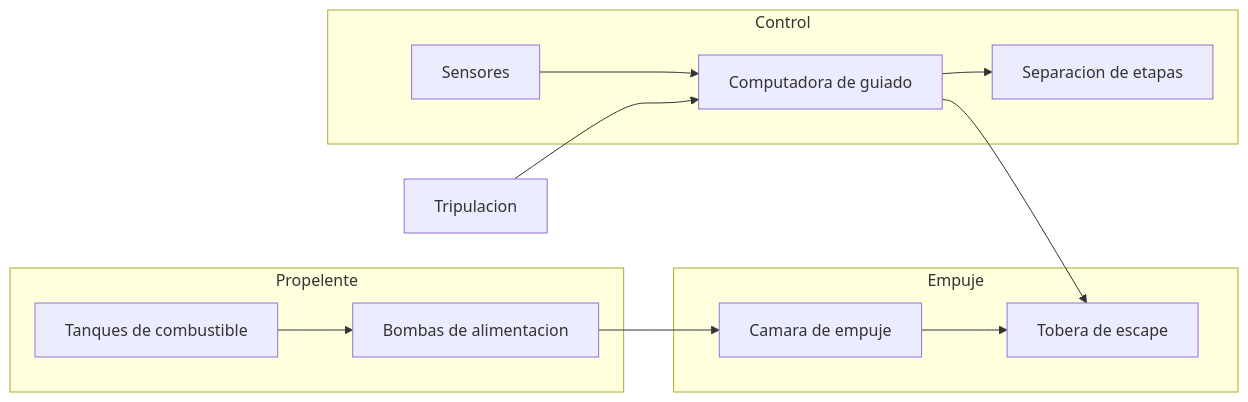
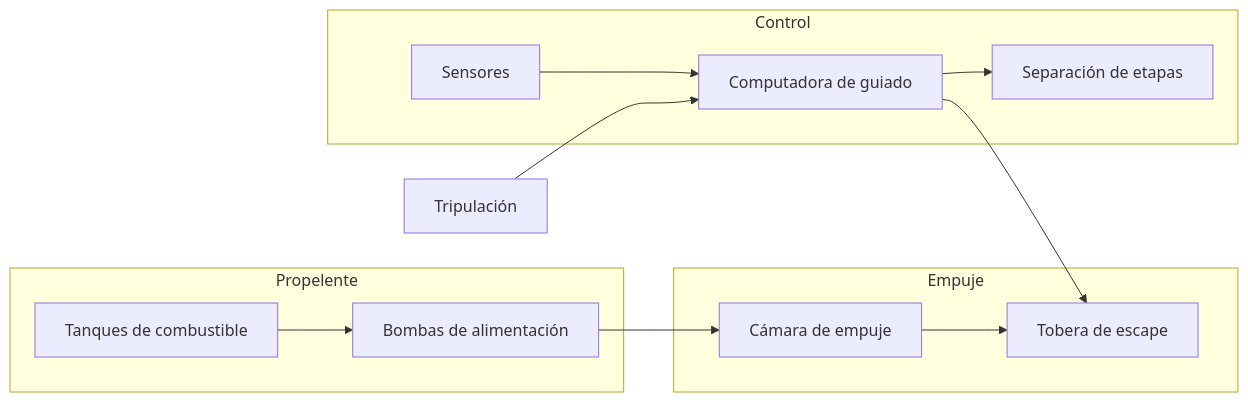
Before and after one commit to vladimiracunadev-create/machine-operator-program: the first of 3 diagrams in vehiculos-fantasticos/thunderbird-3/operacion/sistemas-mecanicos-thunderbird-3.md, drawn with Mermaid. The commit also changed other lines of this file and 442 other files, not shown here.

````diff
--- a/vehiculos-fantasticos/thunderbird-3/operacion/sistemas-mecanicos-thunderbird-3.md
+++ b/vehiculos-fantasticos/thunderbird-3/operacion/sistemas-mecanicos-thunderbird-3.md
@@ -12,16 +12,16 @@
 ```mermaid
 flowchart LR
     subgraph Propelente
-        Tanque[Tanques de combustible] --> Bombas[Bombas de alimentacion]
+        Tanque[Tanques de combustible] --> Bombas[Bombas de alimentación]
     end
     subgraph Empuje
-        Bombas --> Camara[Camara de empuje]
+        Bombas --> Camara[Cámara de empuje]
         Camara --> Tobera[Tobera de escape]
     end
     subgraph Control
         Sen[Sensores] --> Comp[Computadora de guiado]
         Comp --> Tobera
-        Comp --> Etapas[Separacion de etapas]
+        Comp --> Etapas[Separación de etapas]
     end
-    Tripulacion[Tripulacion] --> Comp
+    Tripulacion[Tripulación] --> Comp
 ```
````
